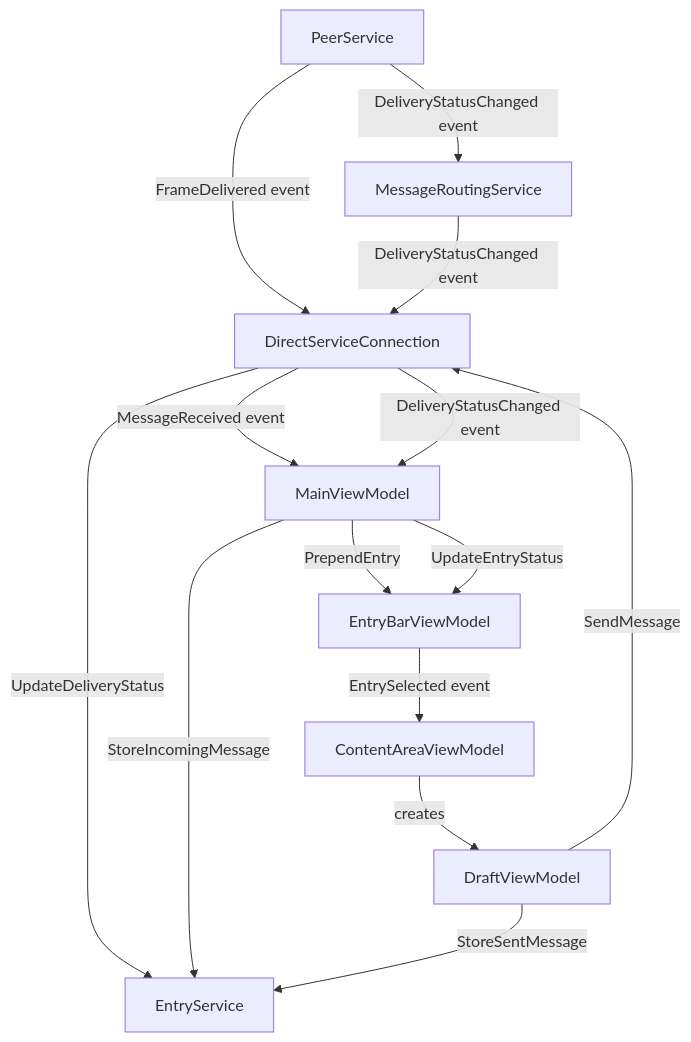
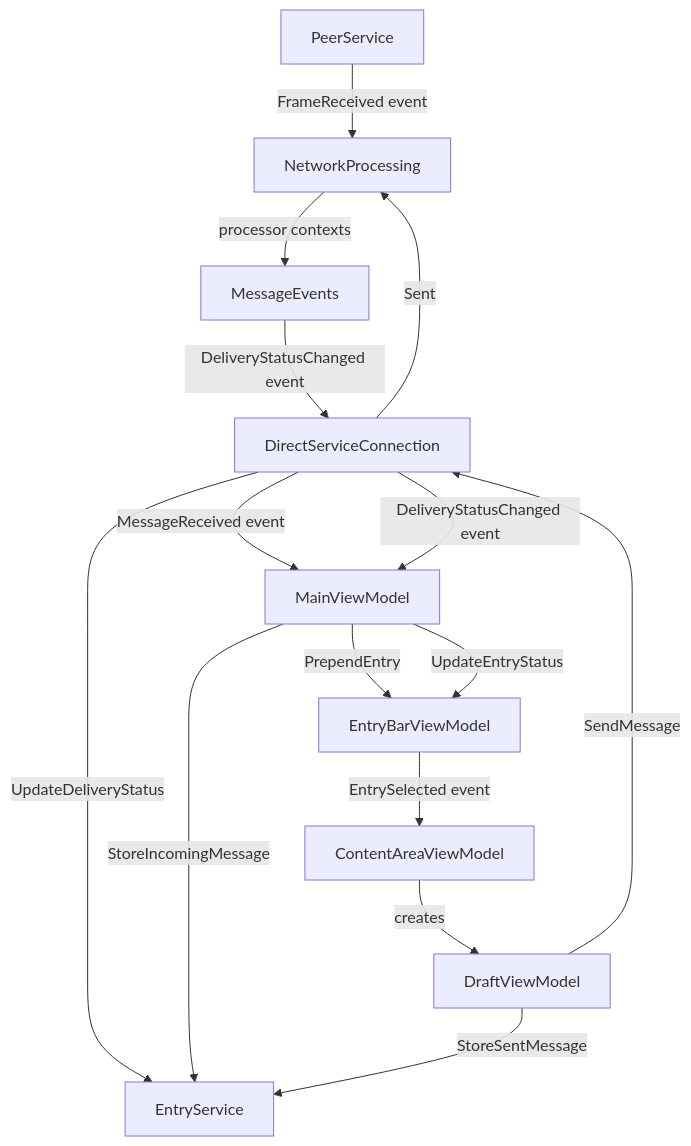
One commit to Blue-Heighliner/Comlink changed the diagram in Docs/Components/Services.md. Above: the diagram before and after it, drawn with Mermaid. The commit also changed other lines of this file and 316 other files, not shown here.

````diff
--- a/Docs/Components/Services.md
+++ b/Docs/Components/Services.md
@@ -5,24 +5,25 @@
 ```mermaid
 graph TD
     PS[PeerService]
     DSC[DirectServiceConnection]
-    MRS[MessageRoutingService]
+    NP[NetworkProcessing]
     ES[EntryService]
     MVM[MainViewModel]
     DVM[DraftViewModel]
     EBV[EntryBarViewModel]
     CAV[ContentAreaViewModel]
-    PS -->|FrameDelivered event| DSC
-    PS -->|DeliveryStatusChanged event| MRS
-    MRS -->|DeliveryStatusChanged event| DSC
+    PS -->|FrameReceived event| NP
+    DSC -->|Sent| NP
+    NP -->|processor contexts| ME[MessageEvents]
+    ME -->|DeliveryStatusChanged event| DSC
     DSC -->|UpdateDeliveryStatus| ES
     DSC -->|MessageReceived event| MVM
     DSC -->|DeliveryStatusChanged event| MVM
     MVM -->|StoreIncomingMessage| ES
     CAV -->|creates| DVM
     DVM -->|SendMessage| DSC
     DVM -->|StoreSentMessage| ES
     MVM -->|PrependEntry| EBV
     MVM -->|UpdateEntryStatus| EBV
     EBV -->|EntrySelected event| CAV
 ```
````
